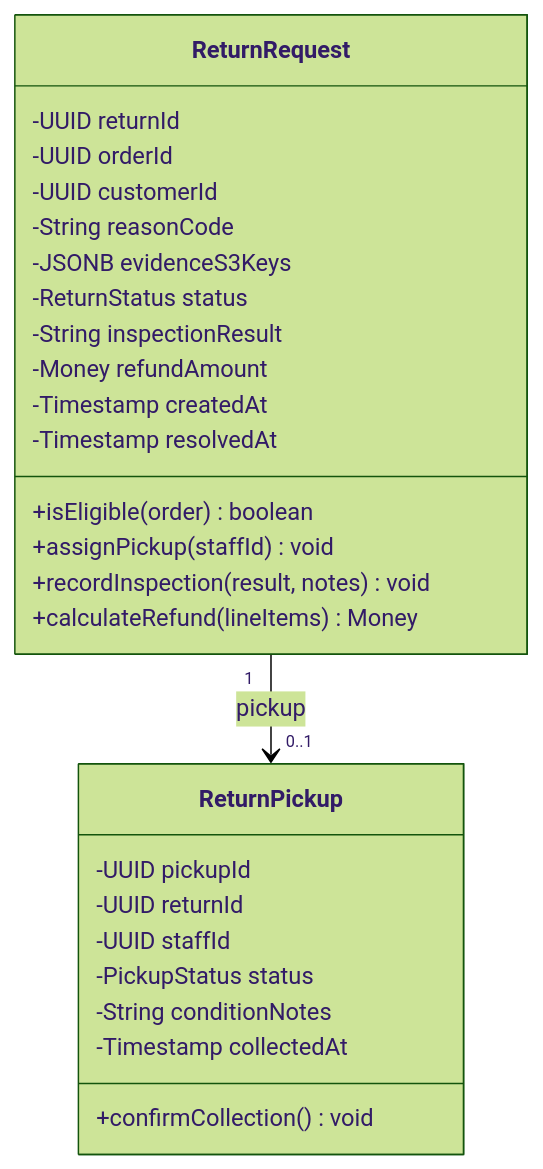
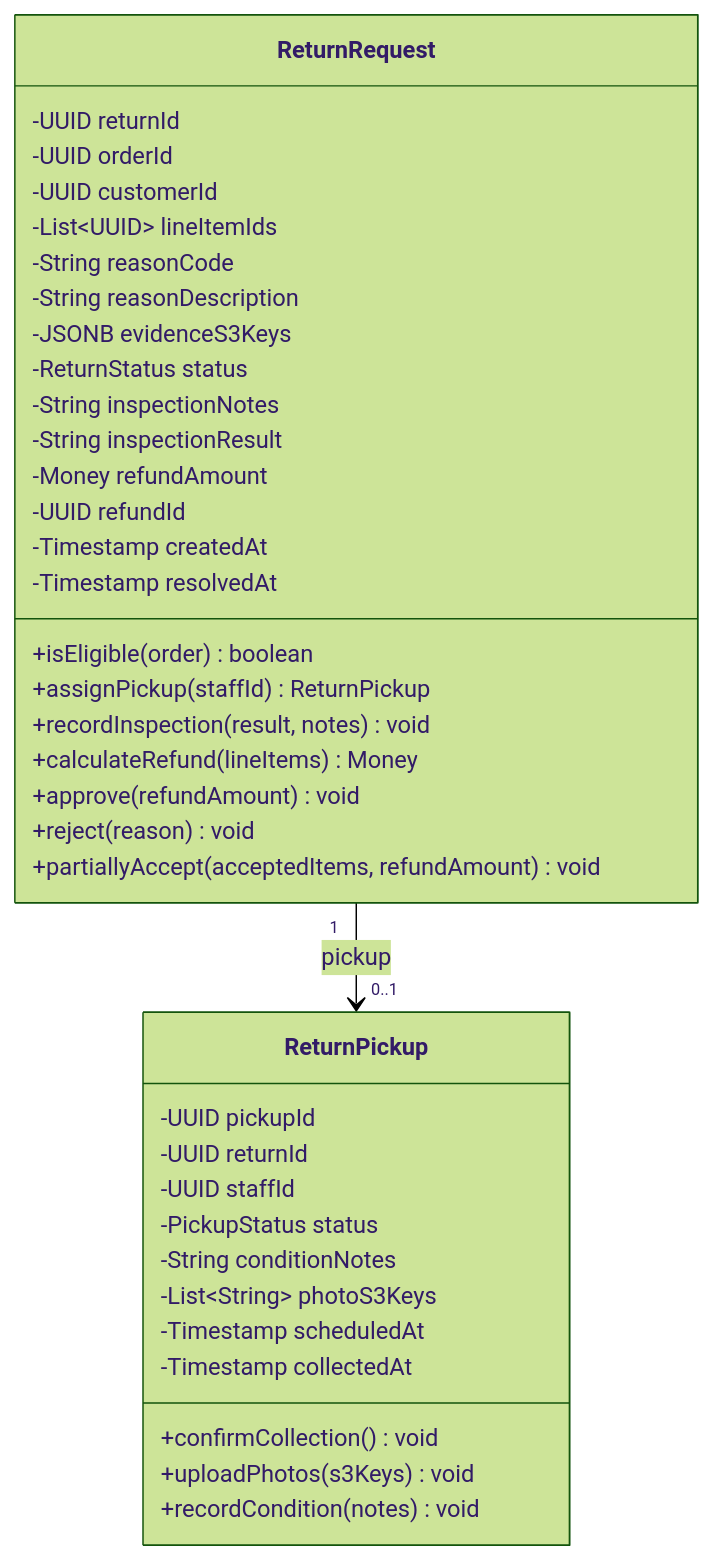
One commit to 0Ankit0/Project-Ideas changed the eighth of 11 diagrams in Order Management and Delivery System/detailed-design/class-diagram.md. Above: the diagram before and after it, drawn with Mermaid (forest theme). The commit also changed other lines of this file and 11 other files, not shown here.

````diff
--- a/Order Management and Delivery System/detailed-design/class-diagram.md
+++ b/Order Management and Delivery System/detailed-design/class-diagram.md
@@ -252,31 +570,42 @@
 ```mermaid
 classDiagram
     class ReturnRequest {
         -UUID returnId
         -UUID orderId
         -UUID customerId
+        -List~UUID~ lineItemIds
         -String reasonCode
+        -String reasonDescription
         -JSONB evidenceS3Keys
         -ReturnStatus status
+        -String inspectionNotes
         -String inspectionResult
         -Money refundAmount
+        -UUID refundId
         -Timestamp createdAt
         -Timestamp resolvedAt
         +isEligible(order) boolean
-        +assignPickup(staffId) void
+        +assignPickup(staffId) ReturnPickup
         +recordInspection(result, notes) void
         +calculateRefund(lineItems) Money
+        +approve(refundAmount) void
+        +reject(reason) void
+        +partiallyAccept(acceptedItems, refundAmount) void
     }
 
     class ReturnPickup {
         -UUID pickupId
         -UUID returnId
         -UUID staffId
         -PickupStatus status
         -String conditionNotes
+        -List~String~ photoS3Keys
+        -Timestamp scheduledAt
         -Timestamp collectedAt
         +confirmCollection() void
+        +uploadPhotos(s3Keys) void
+        +recordCondition(notes) void
     }
 
     ReturnRequest "1" --> "0..1" ReturnPickup : pickup
 ```
````
